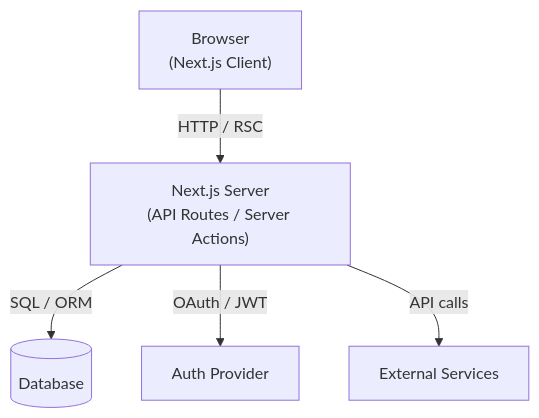
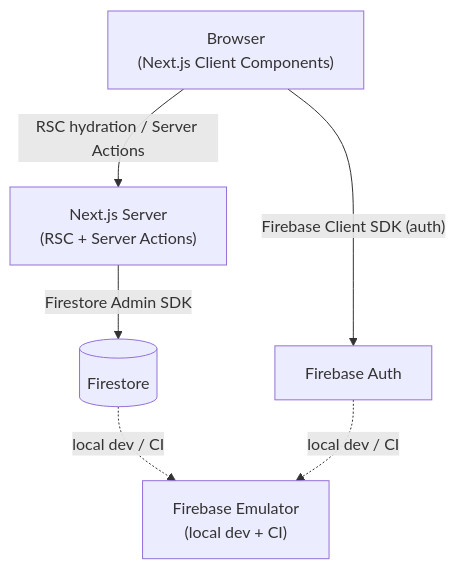
The diagram in docs/03-architecture.md (michikono/poker-ledger), drawn with Mermaid before and after one commit. The commit also changed other lines of this file and 13 other files, not shown here.

````diff
--- a/docs/03-architecture.md
+++ b/docs/03-architecture.md
@@ -29,13 +35,14 @@
 ```mermaid
 graph TD
-    Browser["Browser\n(Next.js Client)"]
-    Server["Next.js Server\n(API Routes / Server Actions)"]
-    DB[("Database")]
-    Auth["Auth Provider"]
-    External["External Services"]
+    Browser["Browser\n(Next.js Client Components)"]
+    RSC["Next.js Server\n(RSC + Server Actions)"]
+    Firestore[("Firestore")]
+    FirebaseAuth["Firebase Auth"]
+    Emulator["Firebase Emulator\n(local dev + CI)"]
 
-    Browser -- "HTTP / RSC" --> Server
-    Server -- "SQL / ORM" --> DB
-    Server -- "OAuth / JWT" --> Auth
-    Server -- "API calls" --> External
+    Browser -- "RSC hydration / Server Actions" --> RSC
+    RSC -- "Firestore Admin SDK" --> Firestore
+    Browser -- "Firebase Client SDK (auth)" --> FirebaseAuth
+    Firestore -. "local dev / CI" .-> Emulator
+    FirebaseAuth -. "local dev / CI" .-> Emulator
 ```
````
